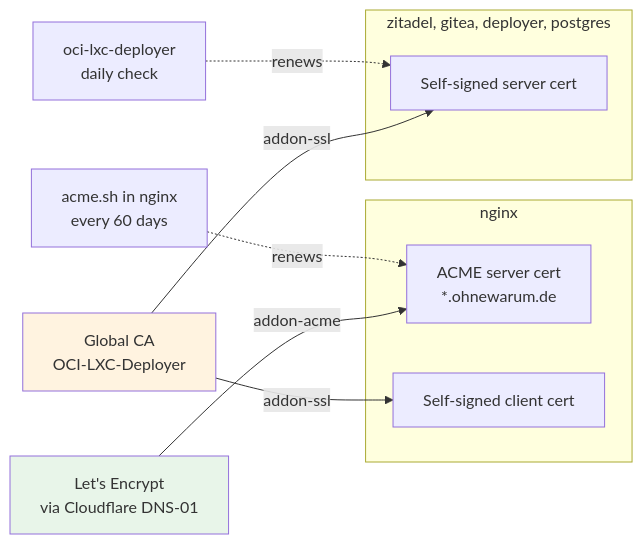
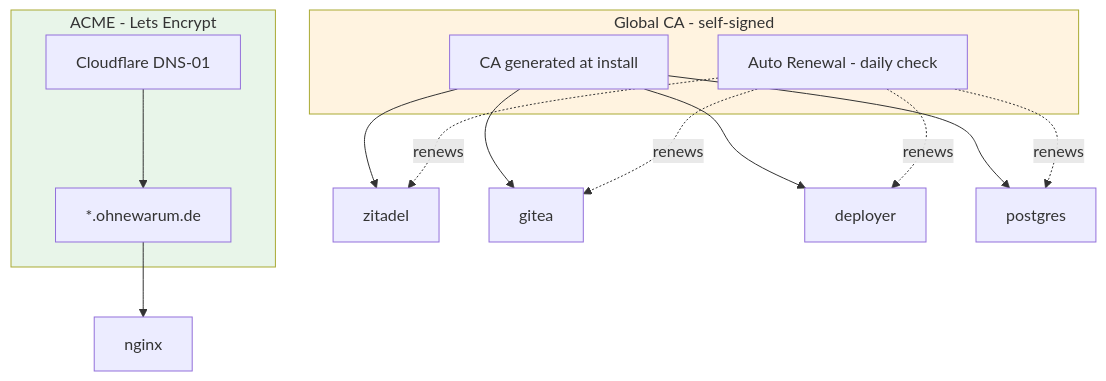
The third of 4 diagrams in production/INFRASTRUCTURE.md (proxvex/proxvex), drawn with Mermaid before and after one commit. The commit also changed other lines of this file and 2 other files, not shown here.

````diff
--- a/production/INFRASTRUCTURE.md
+++ b/production/INFRASTRUCTURE.md
@@ -99,21 +103,28 @@
 ```mermaid
-graph LR
-    subgraph Nginx["nginx"]
-        acme_cert["ACME server cert<br/>*.ohnewarum.de"]
-        ca_client_n["Self-signed client cert"]
+graph TD
+    subgraph ACME["ACME - Lets Encrypt"]
+        cf[Cloudflare DNS-01]
+        wildcard["*.ohnewarum.de"]
     end
 
-    subgraph Others["zitadel, gitea, deployer, postgres"]
-        ca_cert["Self-signed server cert"]
+    subgraph CA["Global CA - self-signed"]
+        ca_gen[CA generated at install]
+        auto_renew[Auto Renewal - daily check]
     end
 
-    LE["Let's Encrypt<br/>via Cloudflare DNS-01"] -->|addon-acme| acme_cert
-    CA["Global CA<br/>OCI-LXC-Deployer"] -->|addon-ssl| ca_client_n
-    CA -->|addon-ssl| ca_cert
+    cf --> wildcard
+    wildcard --> nginx_cert[nginx]
 
-    acme_renewal["acme.sh in nginx<br/>every 60 days"] -.->|renews| acme_cert
-    deployer_renewal["oci-lxc-deployer<br/>daily check"] -.->|renews| ca_cert
+    ca_gen --> zitadel_cert[zitadel]
+    ca_gen --> gitea_cert[gitea]
+    ca_gen --> deployer_cert[deployer]
+    ca_gen --> postgres_cert[postgres]
 
-    style LE fill:#e8f5e9
+    auto_renew -.->|renews| zitadel_cert
+    auto_renew -.->|renews| gitea_cert
+    auto_renew -.->|renews| deployer_cert
+    auto_renew -.->|renews| postgres_cert
+
+    style ACME fill:#e8f5e9
     style CA fill:#fff3e0
 ```
````
